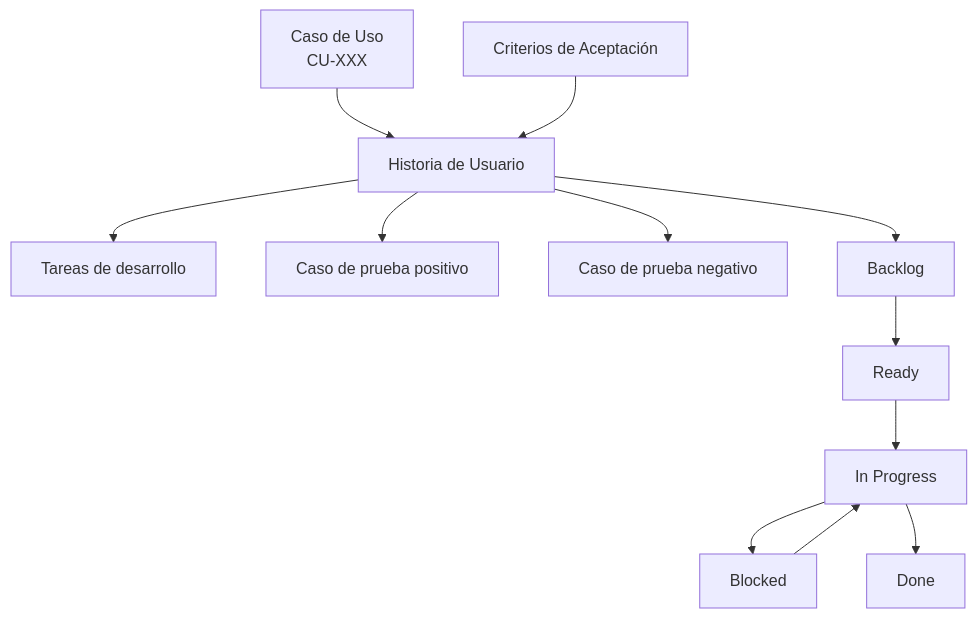
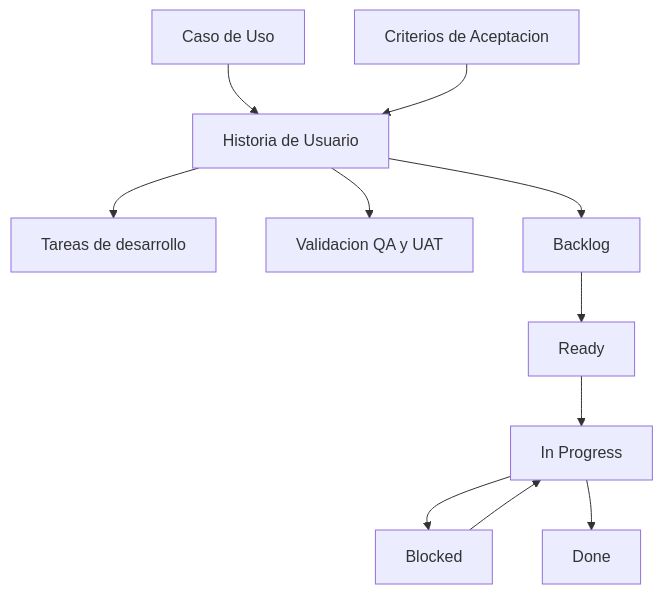
Before and after one commit to L4CR/L4.Land4.Docs: the diagram in req/historia-usuario.md, drawn with Mermaid. The commit also changed other lines of this file, not shown here.

Commit message:
docs: move test case details out of user story guide

````diff
--- a/req/historia-usuario.md
+++ b/req/historia-usuario.md
@@ -18,15 +18,14 @@
 ```mermaid
 flowchart TD
-    CU[Caso de Uso<br/>CU-XXX] --> HU[Historia de Usuario]
-    CA[Criterios de Aceptación] --> HU
-    HU --> Tareas[Tareas de desarrollo]
-    HU --> QA1[Caso de prueba positivo]
-    HU --> QA2[Caso de prueba negativo]
+    UseCase["Caso de Uso"] --> UserStory["Historia de Usuario"]
+    AcceptanceCriteria["Criterios de Aceptacion"] --> UserStory
+    UserStory --> Tasks["Tareas de desarrollo"]
+    UserStory --> Validation["Validacion QA y UAT"]
 
-    HU --> Backlog[Backlog]
-    Backlog --> Ready[Ready]
-    Ready --> Progress[In Progress]
-    Progress --> Blocked[Blocked]
+    UserStory --> Backlog["Backlog"]
+    Backlog --> Ready["Ready"]
+    Ready --> Progress["In Progress"]
+    Progress --> Blocked["Blocked"]
     Blocked --> Progress
-    Progress --> Done[Done]
+    Progress --> Done["Done"]
 ```
````
